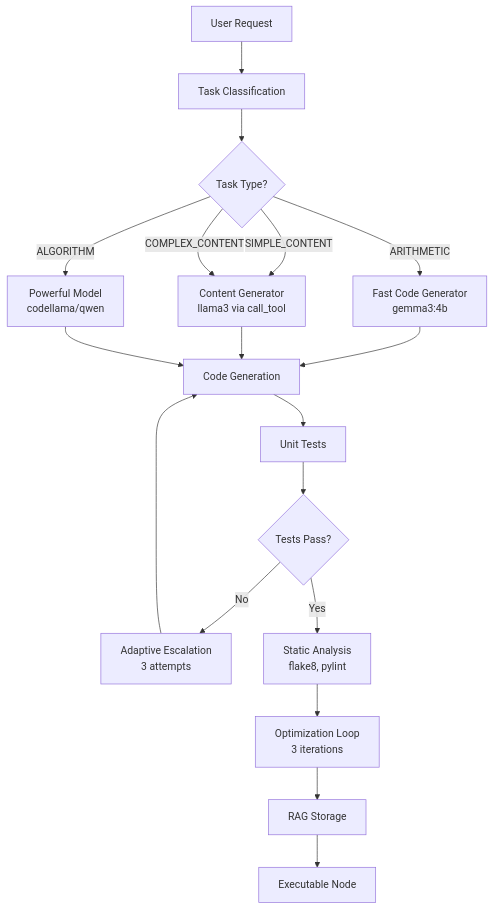
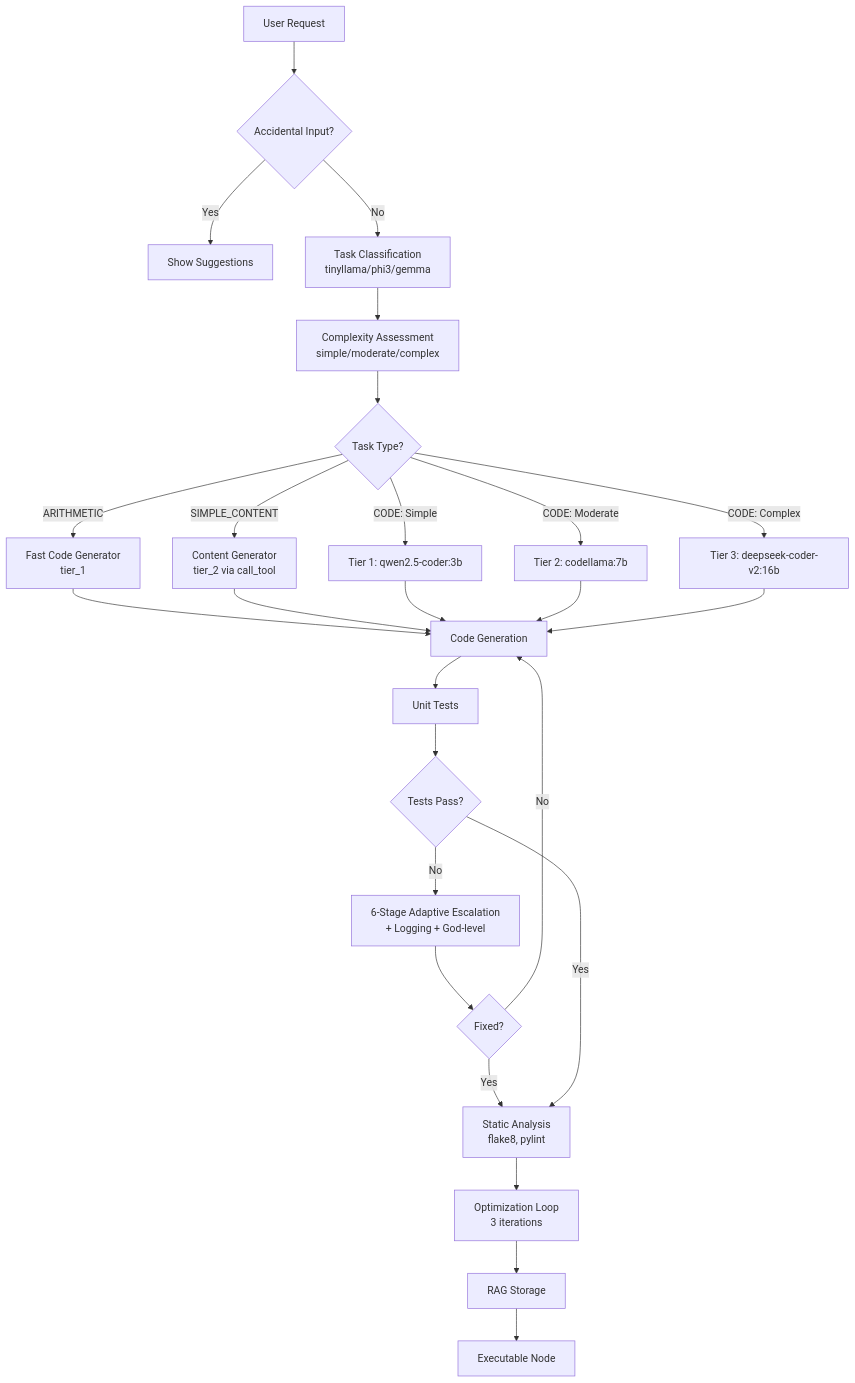
Before and after one commit to scottgal/mostlylucid.dse: the first of 12 diagrams in README.md, drawn with Mermaid. The commit also changed other lines of this file and 2 other files, not shown here.

First paragraph of the commit message:
Update documentation with latest optimizations and intelligent features
## Major Updates

````diff
--- a/README.md
+++ b/README.md
@@ -67,23 +86,31 @@
 ```mermaid
 graph TD
-    A[User Request] --> B[Task Classification]
-    B --> C{Task Type?}
-    C -->|ARITHMETIC| D[Fast Code Generator<br/>gemma3:4b]
-    C -->|SIMPLE_CONTENT| E[Content Generator<br/>llama3 via call_tool]
-    C -->|COMPLEX_CONTENT| E
-    C -->|ALGORITHM| F[Powerful Model<br/>codellama/qwen]
+    A[User Request] --> A1{Accidental Input?}
+    A1 -->|Yes| A2[Show Suggestions]
+    A1 -->|No| B[Task Classification<br/>tinyllama/phi3/gemma]
+    B --> B1[Complexity Assessment<br/>simple/moderate/complex]
+    B1 --> C{Task Type?}
+    C -->|ARITHMETIC| D[Fast Code Generator<br/>tier_1]
+    C -->|SIMPLE_CONTENT| E[Content Generator<br/>tier_2 via call_tool]
+    C -->|CODE: Simple| F1[Tier 1: qwen2.5-coder:3b]
+    C -->|CODE: Moderate| F2[Tier 2: codellama:7b]
+    C -->|CODE: Complex| F3[Tier 3: deepseek-coder-v2:16b]
 
     D --> G[Code Generation]
     E --> G
-    F --> G
+    F1 --> G
+    F2 --> G
+    F3 --> G
 
     G --> H[Unit Tests]
     H --> I{Tests Pass?}
-    I -->|No| J[Adaptive Escalation<br/>3 attempts]
-    J --> G
+    I -->|No| J[6-Stage Adaptive Escalation<br/>+ Logging + God-level]
+    J --> J1{Fixed?}
+    J1 -->|Yes| K
+    J1 -->|No| G
     I -->|Yes| K[Static Analysis<br/>flake8, pylint]
     K --> L[Optimization Loop<br/>3 iterations]
     L --> M[RAG Storage]
     M --> N[Executable Node]
 
 ```
````
